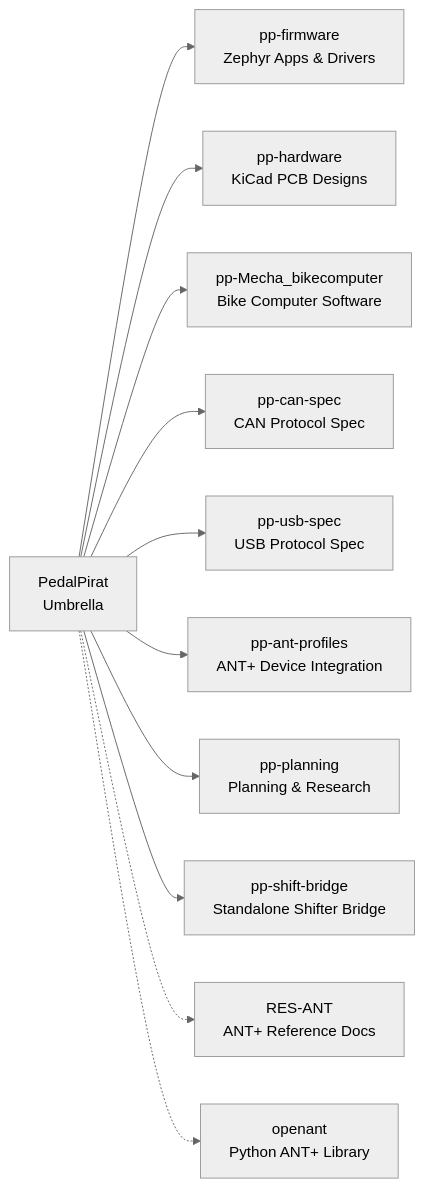
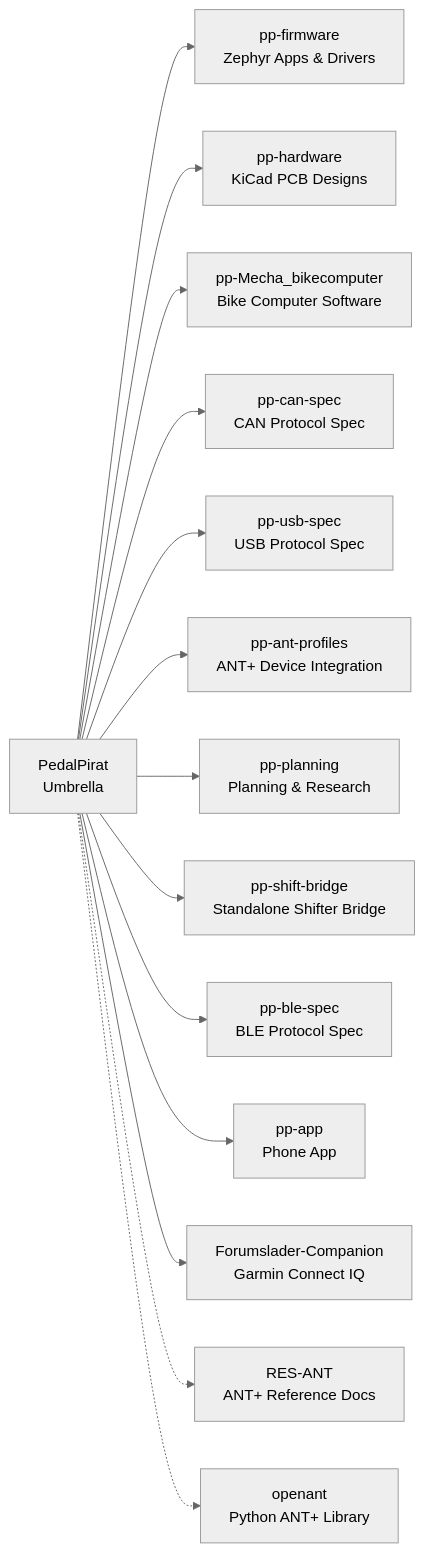
Before and after one commit to PedalPirat/PedalPirat: the second of 4 diagrams in README.md, drawn with Mermaid (neutral theme). The commit also changed other lines of this file, not shown here.

Commit message:
docs: update comm bus diagram (BLE, ANT+, GPIO, SLCAN, Forumslader, phone app)

````diff
--- a/README.md
+++ b/README.md
@@ -61,14 +67,17 @@
 ```mermaid
 graph LR
     PP[PedalPirat<br/>Umbrella] --> FW[pp-firmware<br/>Zephyr Apps & Drivers]
     PP --> HW[pp-hardware<br/>KiCad PCB Designs]
     PP --> COMP[pp-Mecha_bikecomputer<br/>Bike Computer Software]
     PP --> CAN[pp-can-spec<br/>CAN Protocol Spec]
     PP --> USB[pp-usb-spec<br/>USB Protocol Spec]
     PP --> ANT[pp-ant-profiles<br/>ANT+ Device Integration]
     PP --> PLAN[pp-planning<br/>Planning & Research]
     PP --> BRIDGE[pp-shift-bridge<br/>Standalone Shifter Bridge]
+    PP --> BLE_SPEC[pp-ble-spec<br/>BLE Protocol Spec]
+    PP --> APP[pp-app<br/>Phone App]
+    PP --> FLCOMP[Forumslader-Companion<br/>Garmin Connect IQ]
 
     PP -.-> RES[RES-ANT<br/>ANT+ Reference Docs]
     PP -.-> OA[openant<br/>Python ANT+ Library]
 ```
````
